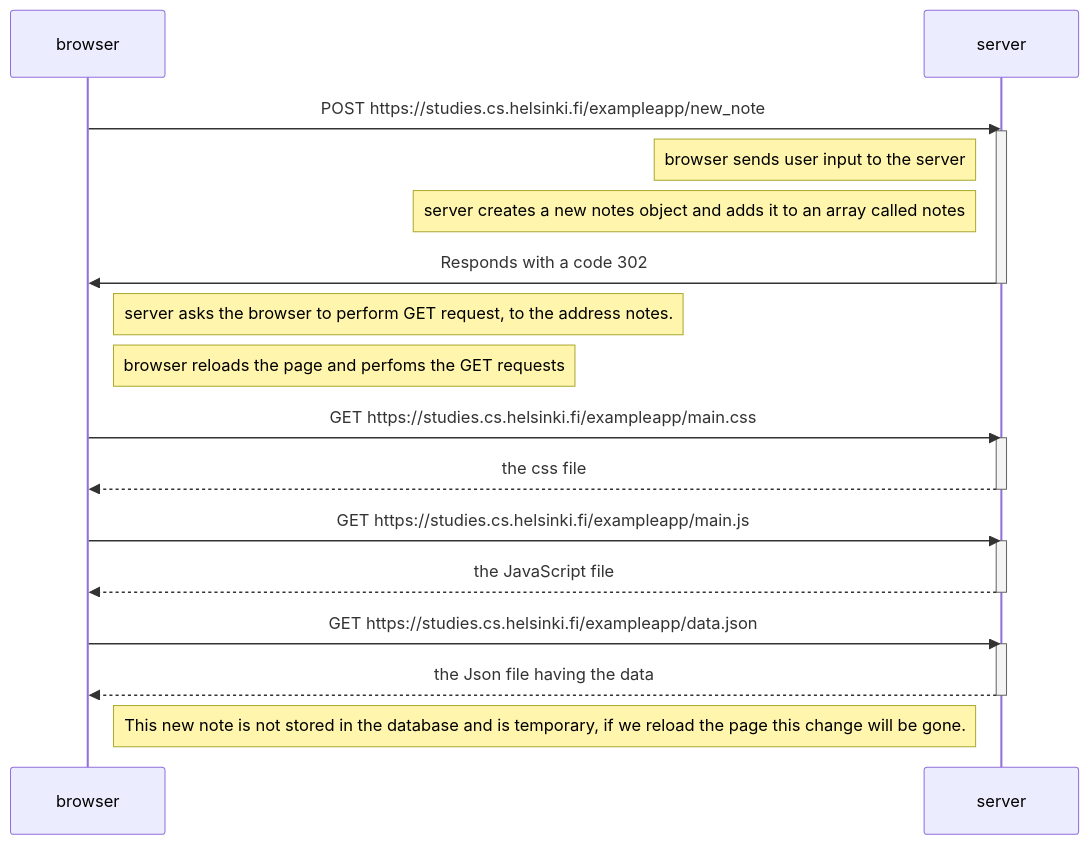
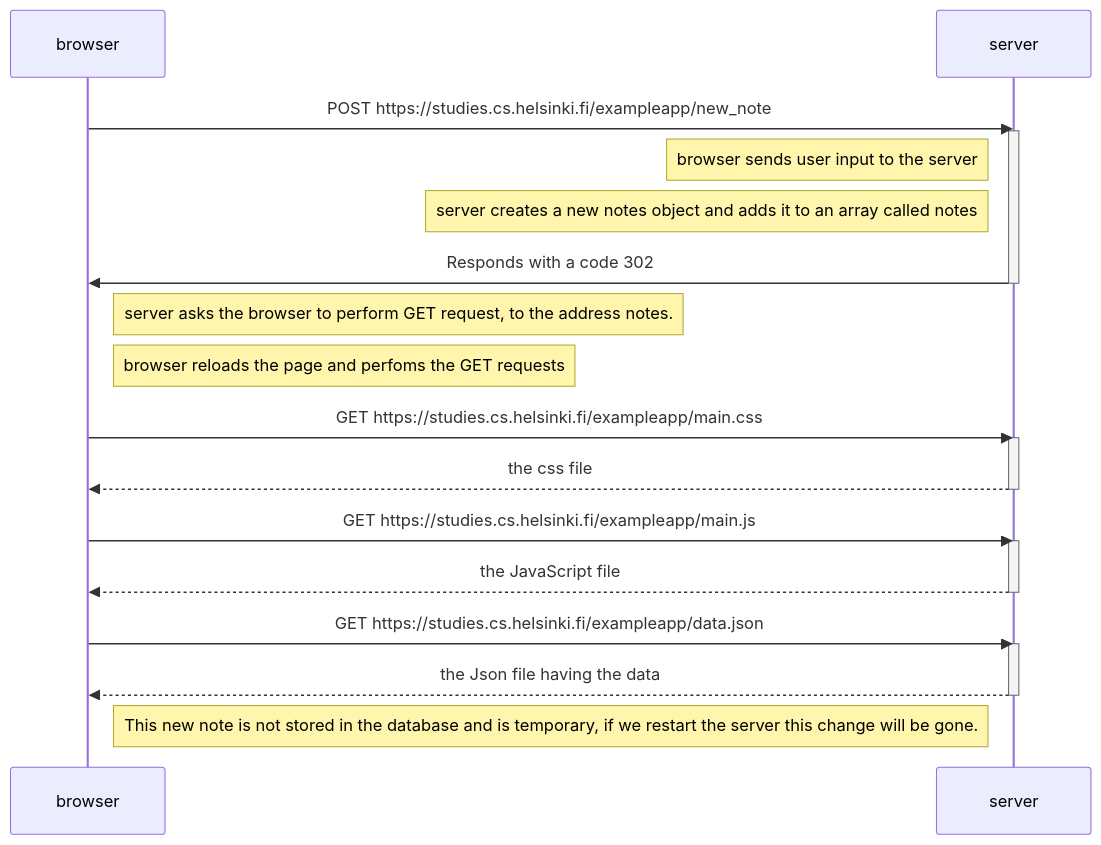
Before and after one commit to LightCreator1007/FullStackOpen_arunit: the diagram in part0/ex4.md, drawn with Mermaid.

````diff
--- a/part0/ex4.md
+++ b/part0/ex4.md
@@ -1,37 +1,37 @@
 ```mermaid
 sequenceDiagram
     participant browser
     participant server
 browser->>server: POST https://studies.cs.helsinki.fi/exampleapp/new_note
 
 activate server
 
 Note left of server: browser sends user input to the server
 
 Note left of server: server creates a new notes object and adds it to an array called notes
 
  
 server->>browser: Responds with a code 302
 deactivate server
 
 Note right of browser: server asks the browser to perform GET request, to the address notes.
 
 Note right of browser: browser reloads the page and perfoms the GET requests
 
 browser->>server: GET https://studies.cs.helsinki.fi/exampleapp/main.css
 activate server
 server-->>browser: the css file
 deactivate server
 
 browser->>server: GET https://studies.cs.helsinki.fi/exampleapp/main.js
 activate server
 server-->>browser: the JavaScript file
 deactivate server
 
 browser->>server: GET https://studies.cs.helsinki.fi/exampleapp/data.json
 activate server
 server-->>browser: the Json file having the data
 deactivate server
 
-Note right of browser: This new note is not stored in the database and is temporary, if we reload the page this change will be gone.
+Note right of browser: This new note is not stored in the database and is temporary, if we restart the server this change will be gone.
 ```
````
